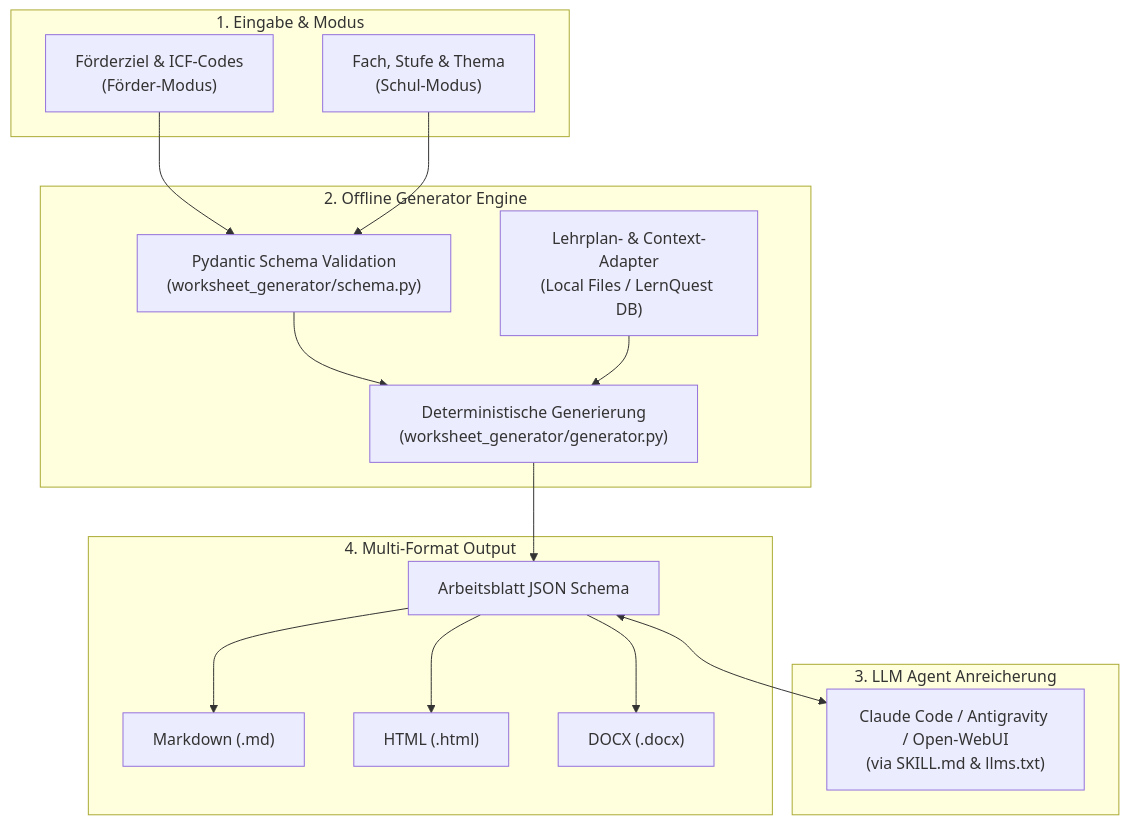
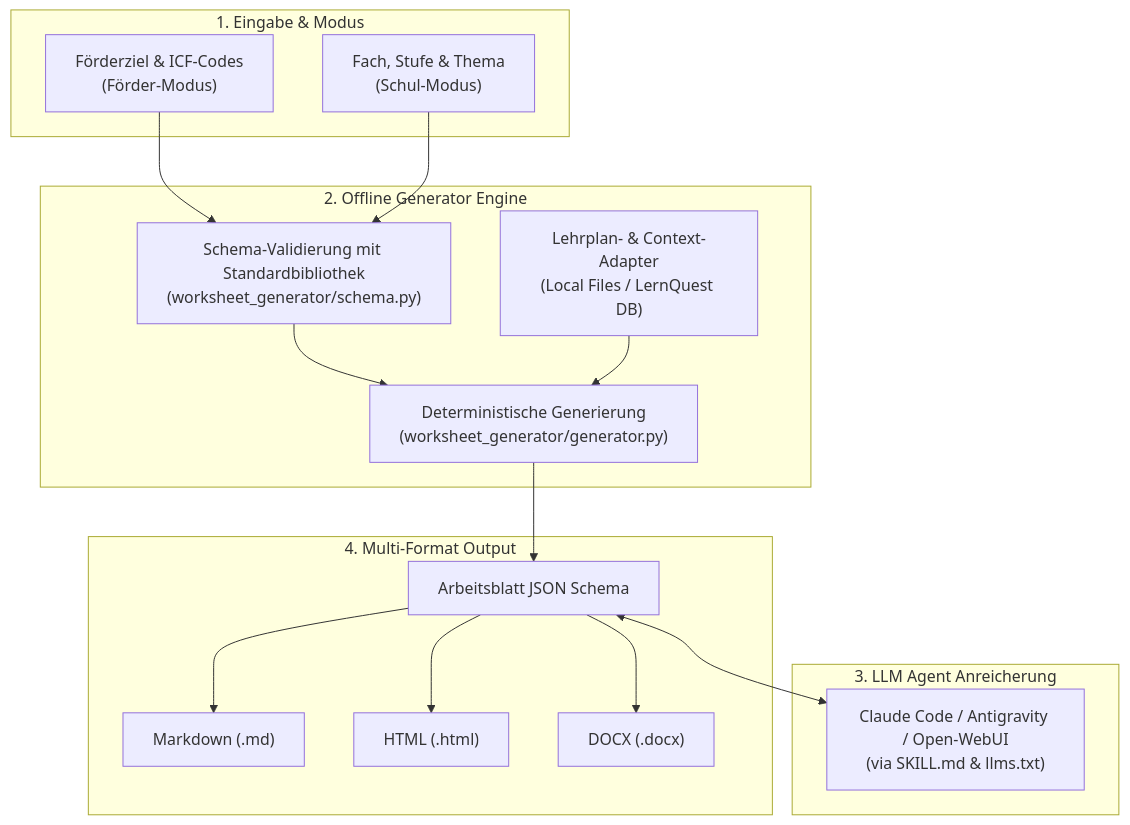
One commit to ellmos-ai/worksheet-generator changed the diagram in README_de.md. Above: the diagram before and after it, drawn with Mermaid. The commit also changed other lines of this file and 4 other files, not shown here.

````diff
--- a/README_de.md
+++ b/README_de.md
@@ -87,34 +87,34 @@
 ```mermaid
 flowchart TD
     subgraph Inputs["1. Eingabe & Modus"]
         A1["Förderziel & ICF-Codes<br/>(Förder-Modus)"]
         A2["Fach, Stufe & Thema<br/>(Schul-Modus)"]
     end
 
     subgraph CoreEngine["2. Offline Generator Engine"]
-        B1["Pydantic Schema Validation<br/>(worksheet_generator/schema.py)"]
+        B1["Schema-Validierung mit Standardbibliothek<br/>(worksheet_generator/schema.py)"]
         B2["Deterministische Generierung<br/>(worksheet_generator/generator.py)"]
         B3["Lehrplan- & Context-Adapter<br/>(Local Files / LernQuest DB)"]
     end
 
     subgraph AgentLayer["3. LLM Agent Anreicherung"]
         E1["Claude Code / Antigravity / Open-WebUI<br/>(via SKILL.md & llms.txt)"]
     end
 
     subgraph OutputFormat["4. Multi-Format Output"]
         C1["Arbeitsblatt JSON Schema"]
         D1["Markdown (.md)"]
         D2["HTML (.html)"]
         D3["DOCX (.docx)"]
     end
 
     A1 --> B1
     A2 --> B1
     B1 --> B2
     B3 --> B2
     B2 --> C1
     C1 <--> E1
     C1 --> D1
     C1 --> D2
     C1 --> D3
 ```
````
